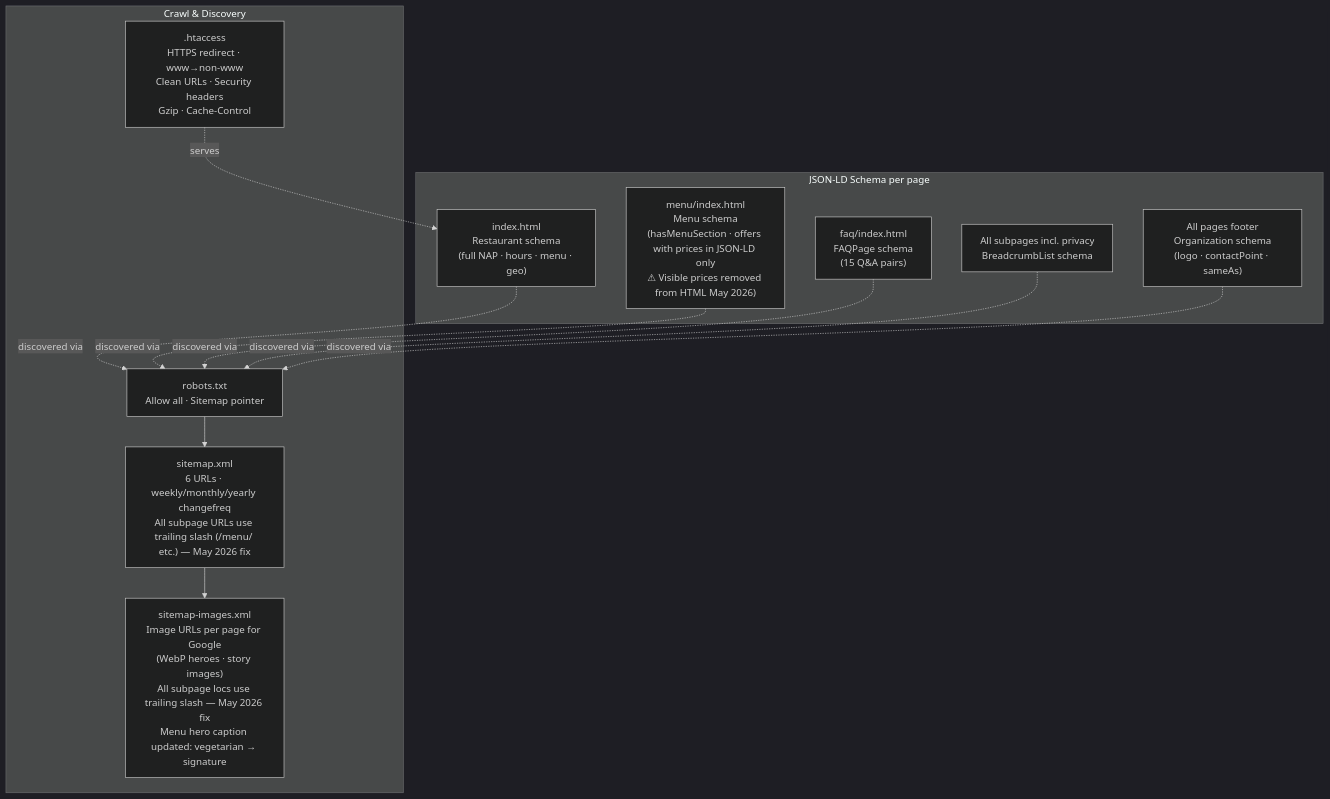
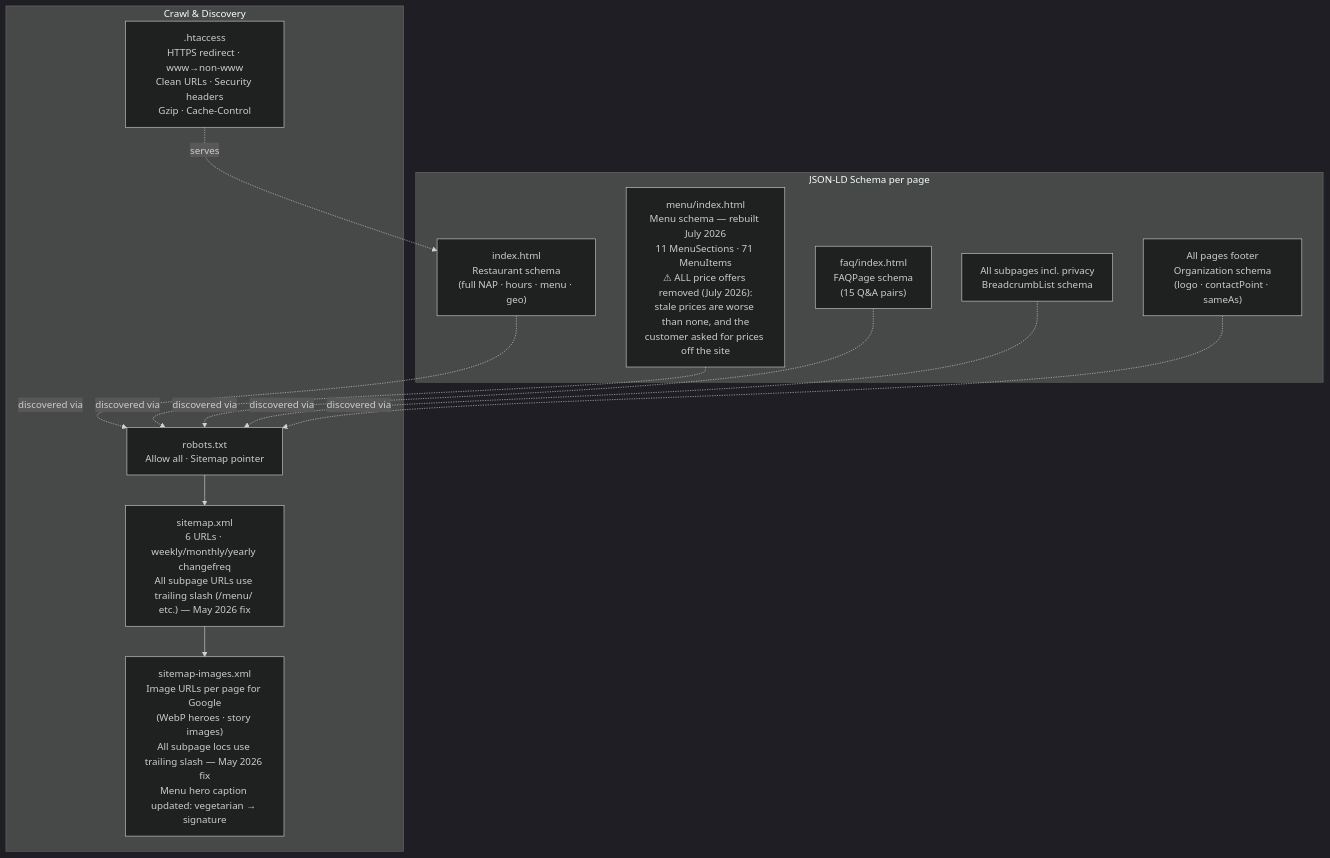
The sixth of 7 diagrams in SITEMAP.md (mahesh9403/Cafe-110-v2), drawn with Mermaid (dark theme) before and after one commit. The commit also changed other lines of this file and 44 other files, not shown here.

````diff
--- a/SITEMAP.md
+++ b/SITEMAP.md
@@ -266,21 +270,21 @@
 ```mermaid
 graph TD
     subgraph SCHEMA["JSON-LD Schema per page"]
         SC1["index.html\nRestaurant schema\n(full NAP · hours · menu · geo)"]
-        SC2["menu/index.html\nMenu schema\n(hasMenuSection · offers with prices in JSON-LD only\n⚠ Visible prices removed from HTML May 2026)"]
+        SC2["menu/index.html\nMenu schema — rebuilt July 2026\n11 MenuSections · 71 MenuItems\n⚠ ALL price offers removed (July 2026):\nstale prices are worse than none, and the\ncustomer asked for prices off the site"]
         SC3["faq/index.html\nFAQPage schema\n(15 Q&A pairs)"]
         SC4["All subpages incl. privacy\nBreadcrumbList schema"]
         SC5["All pages footer\nOrganization schema\n(logo · contactPoint · sameAs)"]
     end
 
     subgraph CRAWL["Crawl & Discovery"]
         R["robots.txt\nAllow all · Sitemap pointer"]
         SX["sitemap.xml\n6 URLs · weekly/monthly/yearly changefreq\nAll subpage URLs use trailing slash (/menu/ etc.) — May 2026 fix"]
         SI["sitemap-images.xml\nImage URLs per page for Google\n(WebP heroes · story images)\nAll subpage locs use trailing slash — May 2026 fix\nMenu hero caption updated: vegetarian → signature"]
         HT[".htaccess\nHTTPS redirect · www→non-www\nClean URLs · Security headers\nGzip · Cache-Control"]
     end
 
     SC1 & SC2 & SC3 & SC4 & SC5 -.->|"discovered via"| R
     R --> SX --> SI
     HT -.->|"serves"| SC1
 ```
````
